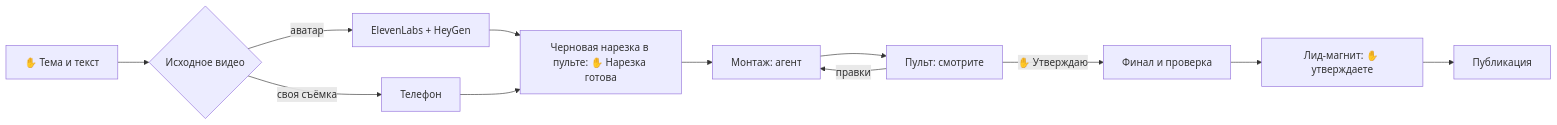
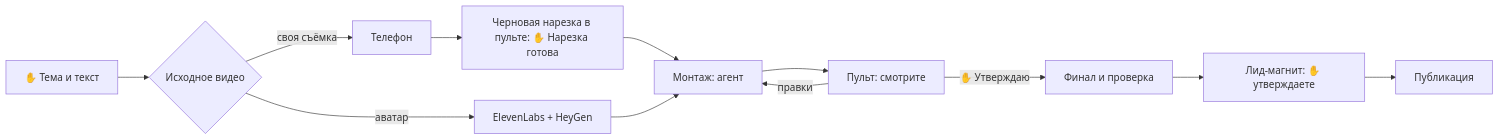
One commit to mcdenil-skills/AutoMontage-Agent changed the diagram in docs/reels-guide/README.md. Above: the diagram before and after it, drawn with Mermaid. The commit also changed other lines of this file and 23 other files, not shown here.

````diff
--- a/docs/reels-guide/README.md
+++ b/docs/reels-guide/README.md
@@ -78,14 +81,14 @@
 ```mermaid
 flowchart LR
   A["✋ Тема и текст"] --> B{"Исходное видео"}
   B -->|аватар| C["ElevenLabs + HeyGen"]
   B -->|своя съёмка| D["Телефон"]
-  C --> N["Черновая нарезка в пульте: ✋ Нарезка готова"]
-  D --> N
+  D --> N["Черновая нарезка в пульте: ✋ Нарезка готова"]
   N --> E["Монтаж: агент"]
+  C --> E
   E --> F["Пульт: смотрите"]
   F -->|правки| E
   F -->|"✋ Утверждаю"| G["Финал и проверка"]
   G --> L["Лид-магнит: ✋ утверждаете"]
   L --> H["Публикация"]
 ```
````
